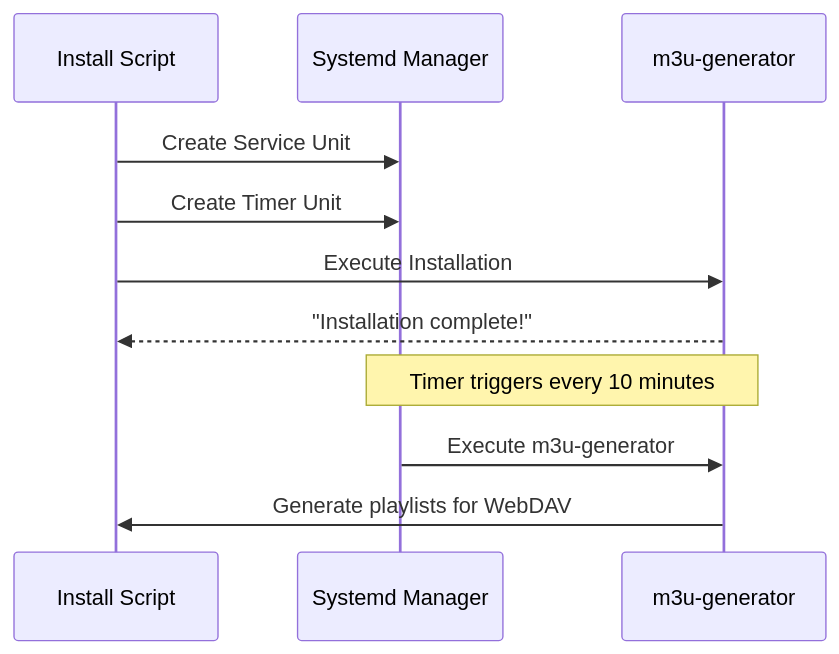
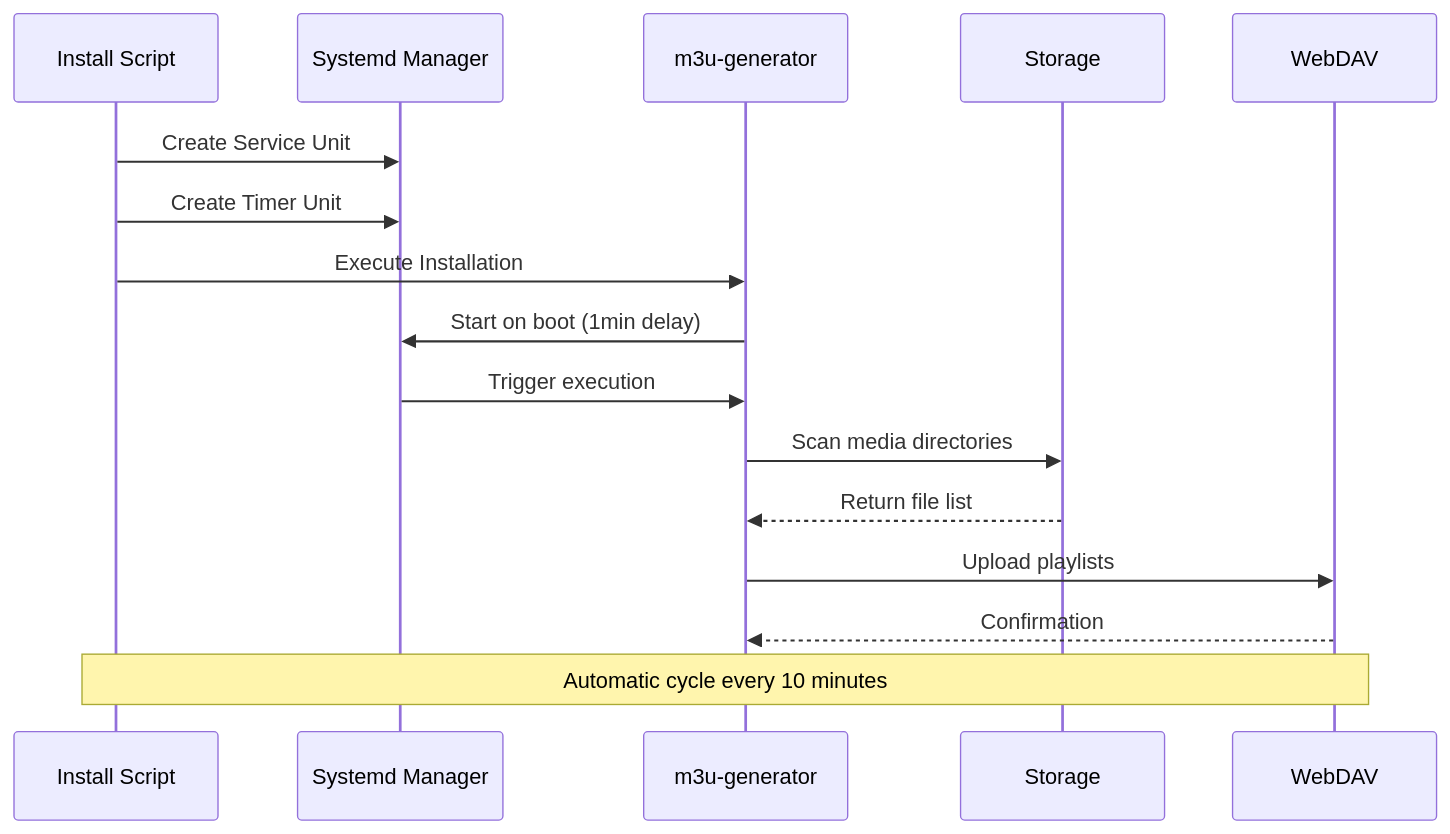
The second of 2 diagrams in PR_DRAFT.md (RikuKarasuma/m3u-generator), drawn with Mermaid before and after one commit. The commit also changed other lines of this file, not shown here.

Commit message:
Update PR draft with corrected Mermaid diagrams

````diff
--- a/PR_DRAFT.md
+++ b/PR_DRAFT.md
@@ -55,15 +62,20 @@
 ```mermaid
 sequenceDiagram
     participant Installer as Install Script
     participant Systemd as Systemd Manager
     participant Binary as m3u-generator
     
     Installer->>Systemd: Create Service Unit
     Installer->>Systemd: Create Timer Unit
     Installer->>Binary: Execute Installation
-    Binary-->>Installer: "Installation complete!"
     
-    Note over Systemd,Binary: Timer triggers every 10 minutes
-    Systemd->>Binary: Execute m3u-generator
-    Binary->>Installer: Generate playlists for WebDAV
+    Binary->>Systemd: Start on boot (1min delay)
+    Systemd->>Binary: Trigger execution
+    Binary->>Storage: Scan media directories
+    Storage-->>Binary: Return file list
+    Binary->>WebDAV: Upload playlists
+    WebDAV-->>Binary: Confirmation
+    
+    Note over Installer,WebDAV: Automatic cycle every 10 minutes
+
 ```
````
